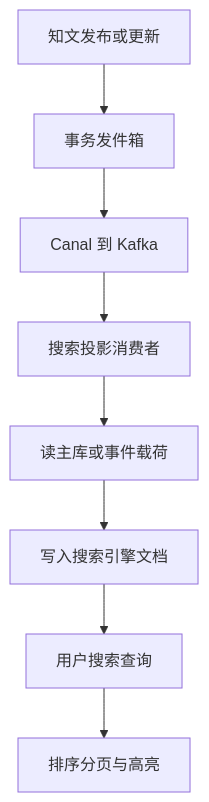
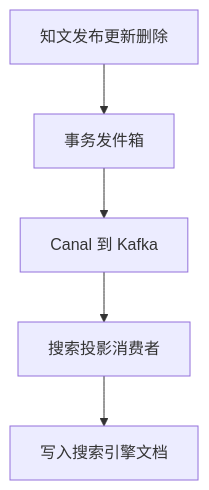
One commit to bitladykiller/zhiguang_go changed the first of 2 diagrams in docs/modules/07-搜索投影模块.md. Above: the diagram before and after it, drawn with Mermaid. The commit also changed other lines of this file and 13 other files, not shown here.

````diff
--- a/docs/modules/07-搜索投影模块.md
+++ b/docs/modules/07-搜索投影模块.md
@@ -367,10 +18,7 @@
 ```mermaid
 flowchart TD
-    A[知文发布或更新] --> B[事务发件箱]
+    A[知文发布更新删除] --> B[事务发件箱]
     B --> C[Canal 到 Kafka]
     C --> D[搜索投影消费者]
-    D --> E[读主库或事件载荷]
-    E --> F[写入搜索引擎文档]
-    F --> G[用户搜索查询]
-    G --> H[排序分页与高亮]
+    D --> E[写入搜索引擎文档]
 ```
````
